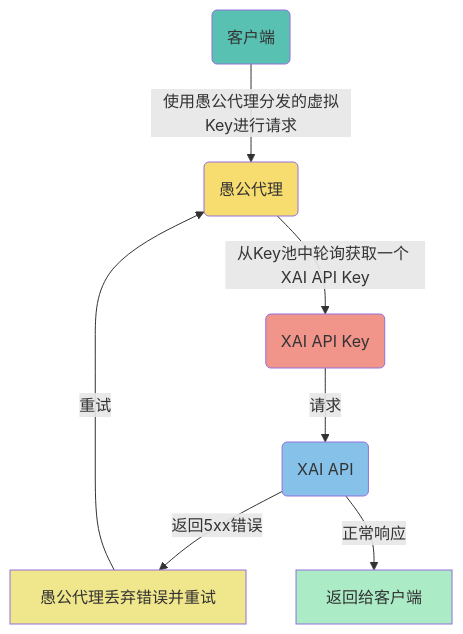
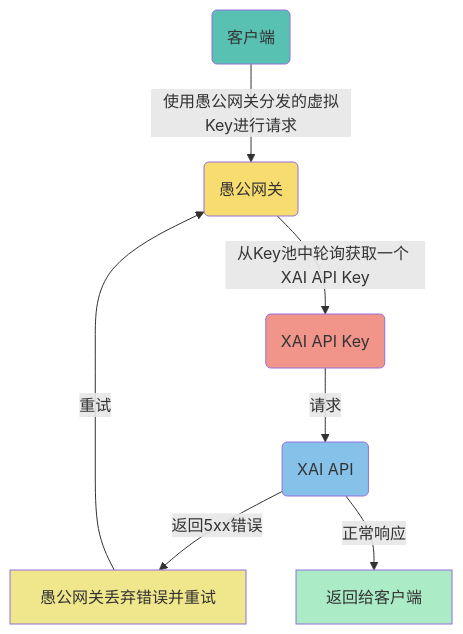
One commit to proxyxai/xai changed the second of 2 diagrams in README.md. Above: the diagram before and after it, drawn with Mermaid.

Commit message:
2025-06-27-00:21:30

````diff
--- a/README.md
+++ b/README.md
@@ -87,16 +87,16 @@
 ```mermaid
 graph TD
     A(客户端)
-    A -- 使用愚公代理分发的虚拟Key进行请求 --> B(愚公代理)
+    A -- 使用愚公网关分发的虚拟Key进行请求 --> B(愚公网关)
     B -- 从Key池中轮询获取一个 XAI API Key --> C(XAI API Key)
     C -- 请求 --> D(XAI API)
-    D -- 返回5xx错误 --> E[愚公代理丢弃错误并重试]
+    D -- 返回5xx错误 --> E[愚公网关丢弃错误并重试]
     E -- 重试 --> B
     D -- 正常响应 --> F[返回给客户端]
     style A fill:#58C1B2
     style B fill:#F7DC6F
     style C fill:#F1948A
     style D fill:#85C1E9
     style E fill:#F0E68C
     style F fill:#ABEBC6
 ```
````
